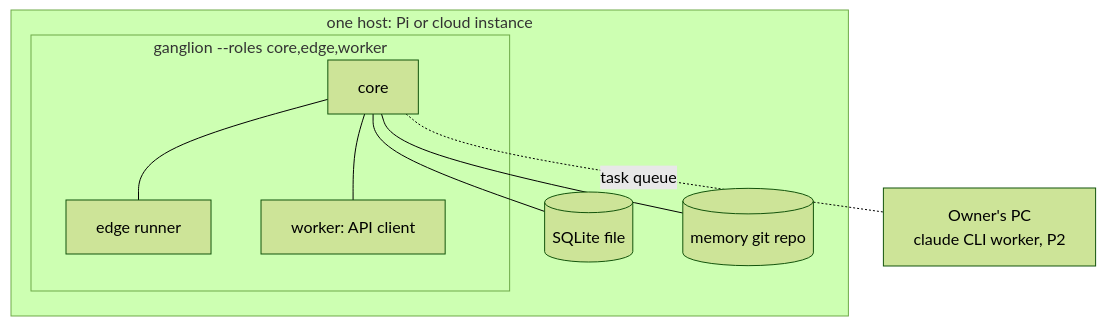
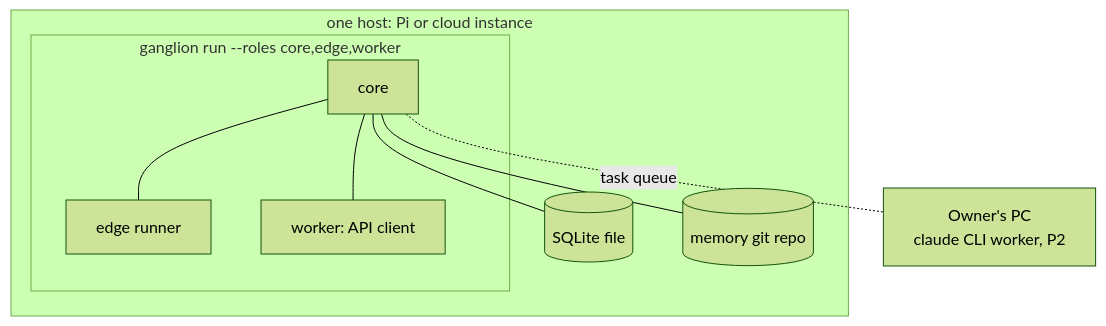
The second of 3 diagrams in docs/architecture/02-containers.md (igorrius/ganglion), drawn with Mermaid (forest theme) before and after one commit. The commit also changed other lines of this file and 2 other files, not shown here.

First line of the commit message:
docs: refactoring measured and closed; ganglion run in the views

````diff
--- a/docs/architecture/02-containers.md
+++ b/docs/architecture/02-containers.md
@@ -65,18 +65,18 @@
 ```mermaid
 flowchart TB
     subgraph host["one host: Pi or cloud instance"]
-        subgraph proc["ganglion --roles core,edge,worker"]
+        subgraph proc["ganglion run --roles core,edge,worker"]
             c["core"]
             e["edge runner"]
             w["worker: API client"]
         end
         db[("SQLite file")]
         repo[("memory git repo")]
     end
     pc["Owner's PC<br/>claude CLI worker, P2"]
     c --- e
     c --- w
     c --- db
     c --- repo
     c -. "task queue" .- pc
 ```
````
